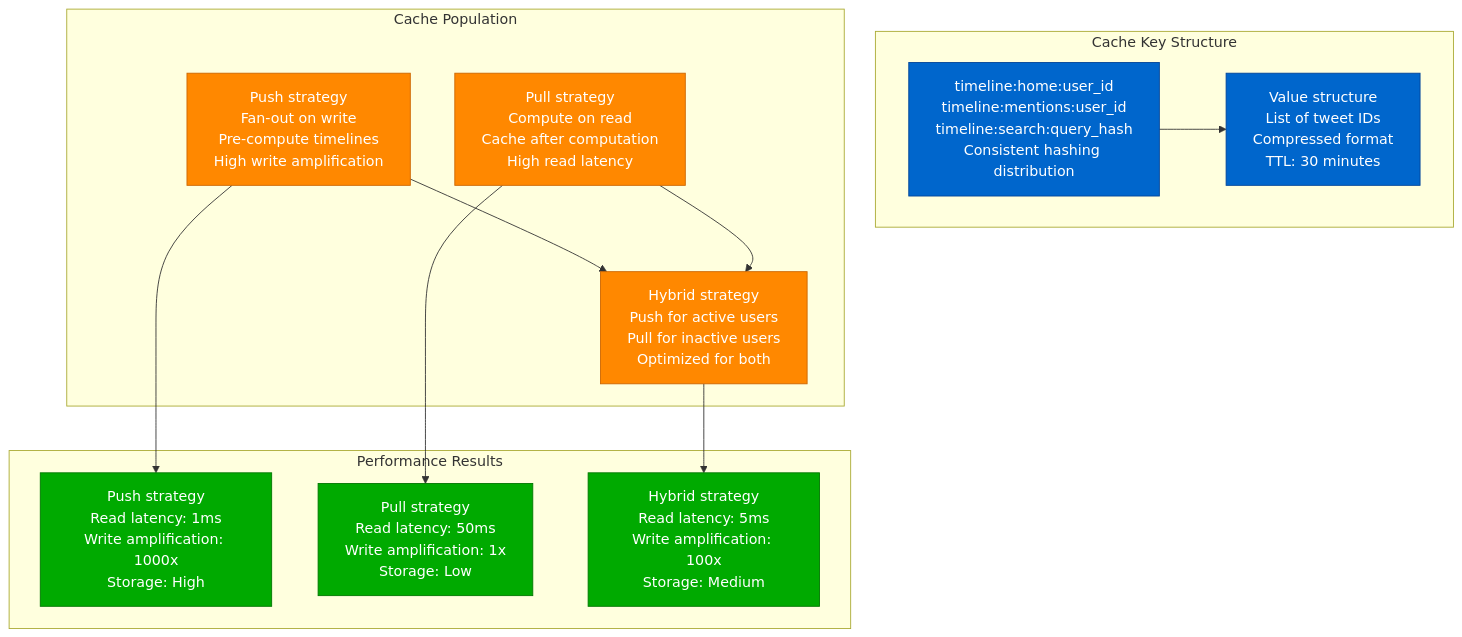
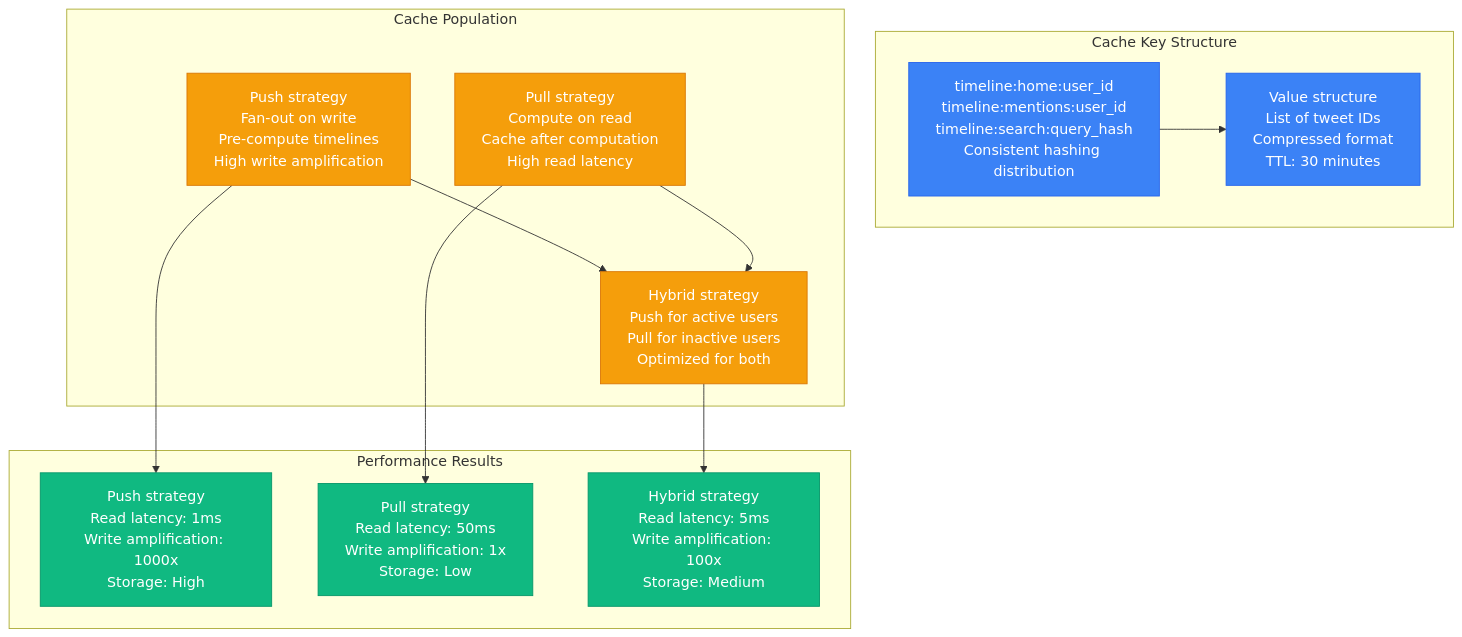
One commit to deepaucksharma/DS changed diagram 13 of 15 in site/docs/performance/redis-performance-profile.md. Above: the diagram before and after it, drawn with Mermaid. The commit also changed other lines of this file and 303 other files, not shown here.

````diff
--- a/site/docs/performance/redis-performance-profile.md
+++ b/site/docs/performance/redis-performance-profile.md
@@ -448,41 +448,41 @@
 ```mermaid
 graph TB
     subgraph "Cache Key Structure"
         KEY1[timeline:home:user_id<br/>timeline:mentions:user_id<br/>timeline:search:query_hash<br/>Consistent hashing distribution]
 
         KEY2[Value structure<br/>List of tweet IDs<br/>Compressed format<br/>TTL: 30 minutes]
 
         KEY1 --> KEY2
     end
 
     subgraph "Cache Population"
         POP1[Push strategy<br/>Fan-out on write<br/>Pre-compute timelines<br/>High write amplification]
 
         POP2[Pull strategy<br/>Compute on read<br/>Cache after computation<br/>High read latency]
 
         POP3[Hybrid strategy<br/>Push for active users<br/>Pull for inactive users<br/>Optimized for both]
 
         POP1 --> POP3
         POP2 --> POP3
     end
 
     subgraph "Performance Results"
         RESULTS1[Push strategy<br/>Read latency: 1ms<br/>Write amplification: 1000x<br/>Storage: High]
 
         RESULTS2[Pull strategy<br/>Read latency: 50ms<br/>Write amplification: 1x<br/>Storage: Low]
 
         RESULTS3[Hybrid strategy<br/>Read latency: 5ms<br/>Write amplification: 100x<br/>Storage: Medium]
 
         POP1 --> RESULTS1
         POP2 --> RESULTS2
         POP3 --> RESULTS3
     end
 
-    classDef keyStyle fill:#0066CC,stroke:#004499,color:#fff
-    classDef strategyStyle fill:#FF8800,stroke:#CC6600,color:#fff
-    classDef resultStyle fill:#00AA00,stroke:#007700,color:#fff
+    classDef keyStyle fill:#3B82F6,stroke:#2563EB,color:#fff
+    classDef strategyStyle fill:#F59E0B,stroke:#D97706,color:#fff
+    classDef resultStyle fill:#10B981,stroke:#059669,color:#fff
 
     class KEY1,KEY2 keyStyle
     class POP1,POP2,POP3 strategyStyle
     class RESULTS1,RESULTS2,RESULTS3 resultStyle
 ```
````
